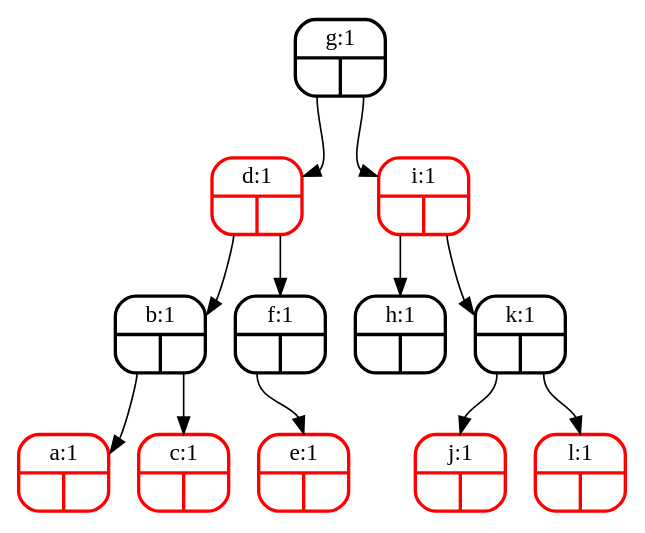
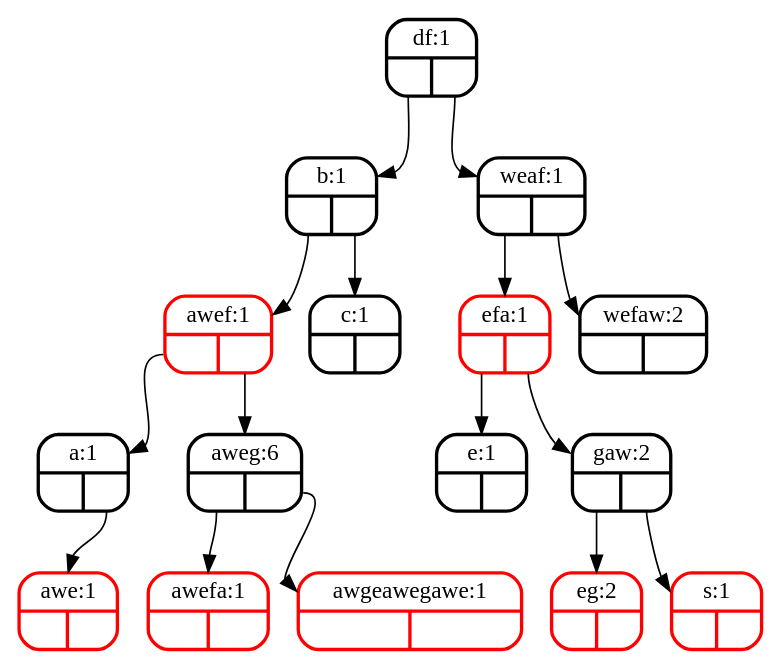
The diagram in tree-view.dot (bencravens/spellchecker), drawn with Graphviz before and after one commit. The commit also changed 7 other files, not shown here.

```diff
--- a/tree-view.dot
+++ b/tree-view.dot
@@ -1,26 +1,34 @@
 digraph tree {
 node [shape = Mrecord, penwidth = 2];
-"g"[label="{<f0>g:1|{<f1>|<f2>}}"color=black];
-"d"[label="{<f0>d:1|{<f1>|<f2>}}"color=red];
+"df"[label="{<f0>df:1|{<f1>|<f2>}}"color=black];
 "b"[label="{<f0>b:1|{<f1>|<f2>}}"color=black];
-"a"[label="{<f0>a:1|{<f1>|<f2>}}"color=red];
-"b":f1 -> "a":f0;
-"c"[label="{<f0>c:1|{<f1>|<f2>}}"color=red];
+"awef"[label="{<f0>awef:1|{<f1>|<f2>}}"color=red];
+"a"[label="{<f0>a:1|{<f1>|<f2>}}"color=black];
+"awe"[label="{<f0>awe:1|{<f1>|<f2>}}"color=red];
+"a":f2 -> "awe":f0;
+"awef":f1 -> "a":f0;
+"aweg"[label="{<f0>aweg:6|{<f1>|<f2>}}"color=black];
+"awefa"[label="{<f0>awefa:1|{<f1>|<f2>}}"color=red];
+"aweg":f1 -> "awefa":f0;
+"awgeawegawe"[label="{<f0>awgeawegawe:1|{<f1>|<f2>}}"color=red];
+"aweg":f2 -> "awgeawegawe":f0;
+"awef":f2 -> "aweg":f0;
+"b":f1 -> "awef":f0;
+"c"[label="{<f0>c:1|{<f1>|<f2>}}"color=black];
 "b":f2 -> "c":f0;
-"d":f1 -> "b":f0;
-"f"[label="{<f0>f:1|{<f1>|<f2>}}"color=black];
-"e"[label="{<f0>e:1|{<f1>|<f2>}}"color=red];
-"f":f1 -> "e":f0;
-"d":f2 -> "f":f0;
-"g":f1 -> "d":f0;
-"i"[label="{<f0>i:1|{<f1>|<f2>}}"color=red];
-"h"[label="{<f0>h:1|{<f1>|<f2>}}"color=black];
-"i":f1 -> "h":f0;
-"k"[label="{<f0>k:1|{<f1>|<f2>}}"color=black];
-"j"[label="{<f0>j:1|{<f1>|<f2>}}"color=red];
-"k":f1 -> "j":f0;
-"l"[label="{<f0>l:1|{<f1>|<f2>}}"color=red];
-"k":f2 -> "l":f0;
-"i":f2 -> "k":f0;
-"g":f2 -> "i":f0;
+"df":f1 -> "b":f0;
+"weaf"[label="{<f0>weaf:1|{<f1>|<f2>}}"color=black];
+"efa"[label="{<f0>efa:1|{<f1>|<f2>}}"color=red];
+"e"[label="{<f0>e:1|{<f1>|<f2>}}"color=black];
+"efa":f1 -> "e":f0;
+"gaw"[label="{<f0>gaw:2|{<f1>|<f2>}}"color=black];
+"eg"[label="{<f0>eg:2|{<f1>|<f2>}}"color=red];
+"gaw":f1 -> "eg":f0;
+"s"[label="{<f0>s:1|{<f1>|<f2>}}"color=red];
+"gaw":f2 -> "s":f0;
+"efa":f2 -> "gaw":f0;
+"weaf":f1 -> "efa":f0;
+"wefaw"[label="{<f0>wefaw:2|{<f1>|<f2>}}"color=black];
+"weaf":f2 -> "wefaw":f0;
+"df":f2 -> "weaf":f0;
 }
```
